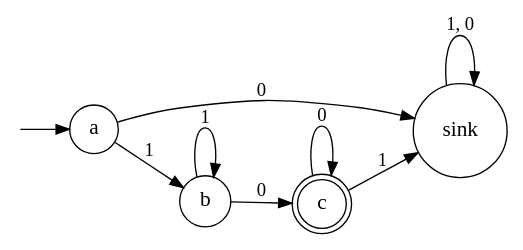
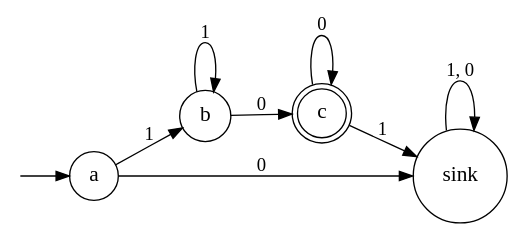
Before and after one commit to amowy/automaton: the diagram in resources/automaton1_complete.dot, drawn with Graphviz. The commit also changed other lines of this file and 5 other files, not shown here.

```diff
--- a/resources/automaton1_complete.dot
+++ b/resources/automaton1_complete.dot
@@ -1,20 +1,20 @@
 digraph G {
     ranksep=0.5;
     nodesep=0.5;
     rankdir=LR;
     node [shape="circle", fontsize="16"];
     fontsize="10";
     compound=true;
 
     ia [shape=point, style=invis];
     c [shape=doublecircle];
 
     ia -> a;
+    a -> b [label="1"];
     c -> c [label="0"];
+    c -> sink [label="1"];
     sink -> sink [label="1, 0"];
+    a -> sink [label="0"];
+    b -> c [label="0"];
     b -> b [label="1"];
-    b -> c [label="0"];
-    c -> sink [label="1"];
-    a -> sink [label="0"];
-    a -> b [label="1"];
 }
```
